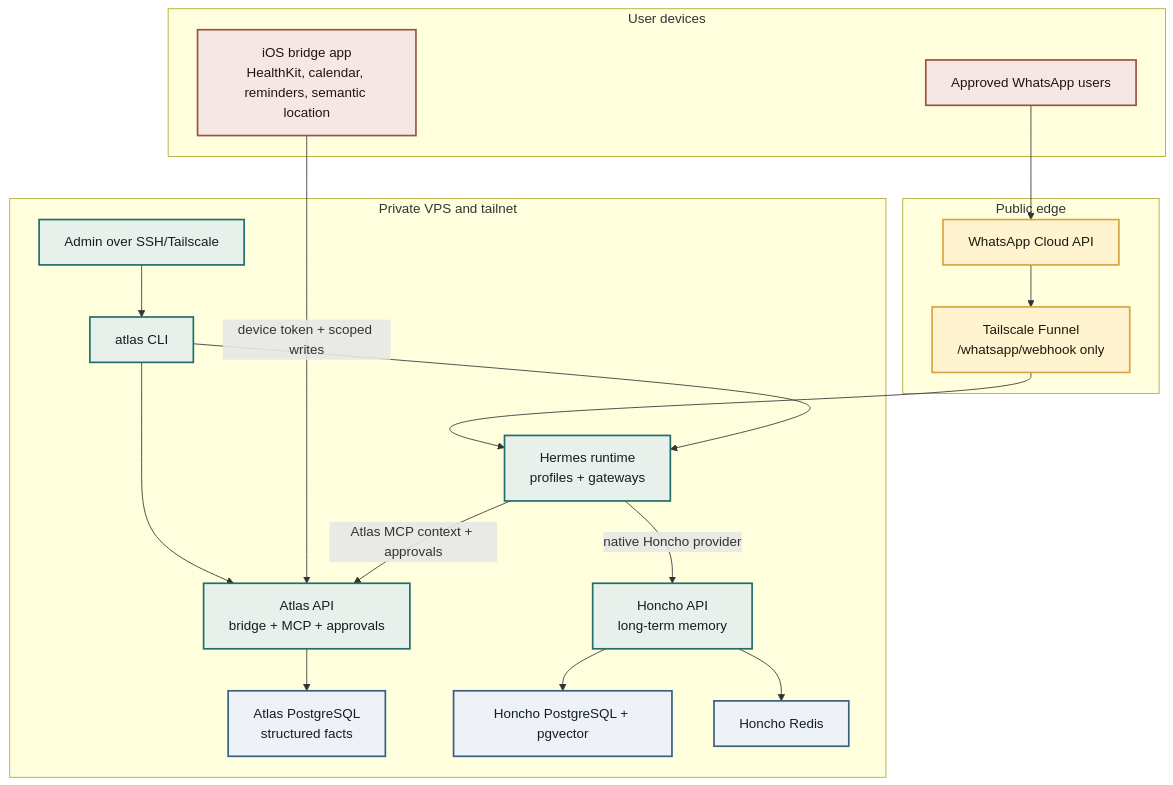
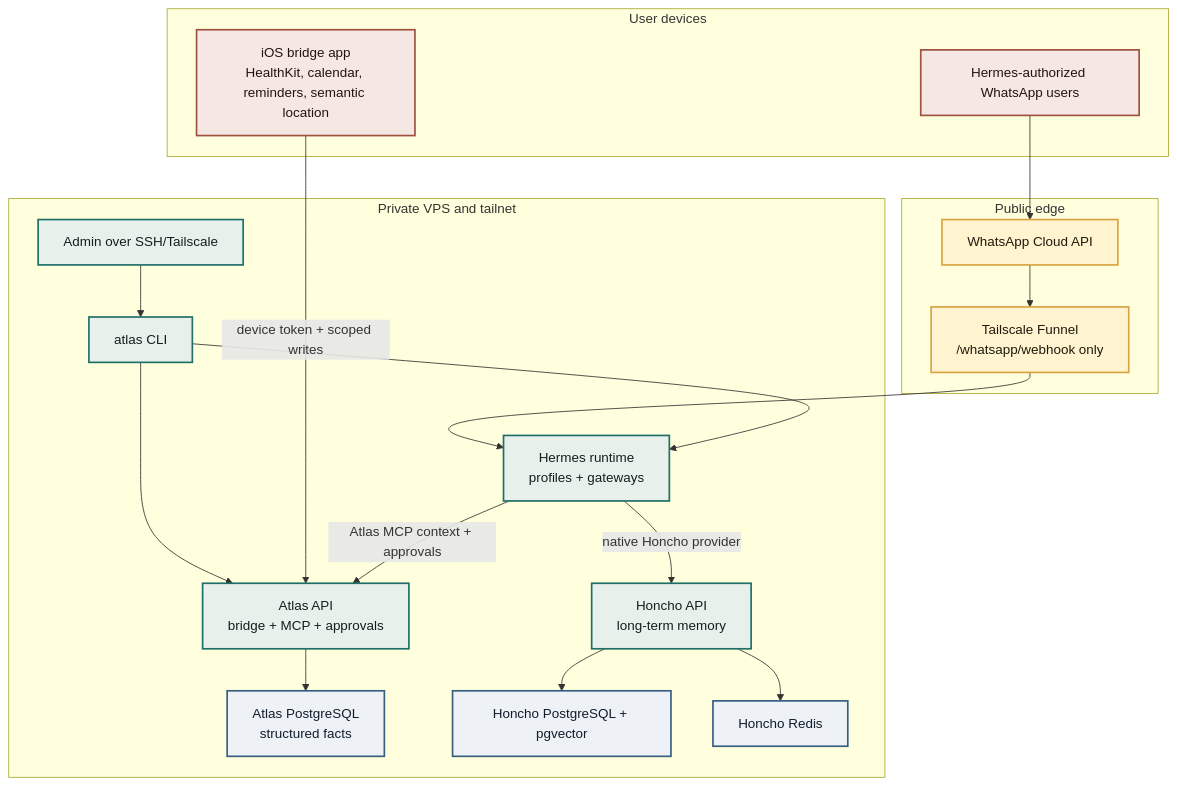
One commit to itspalomo/project-atlas changed the first of 5 diagrams in docs/architecture.md. Above: the diagram before and after it, drawn with Mermaid. The commit also changed other lines of this file and 13 other files, not shown here.

Commit message:
Stop Atlas managing WhatsApp setup

````diff
--- a/docs/architecture.md
+++ b/docs/architecture.md
@@ -7,44 +7,44 @@
 ```mermaid
 flowchart TB
   subgraph Edge["Public edge"]
     WA["WhatsApp Cloud API"]
     Funnel["Tailscale Funnel\n/whatsapp/webhook only"]
   end
 
   subgraph Tailnet["Private VPS and tailnet"]
     Admin["Admin over SSH/Tailscale"]
     AtlasCLI["atlas CLI"]
     API["Atlas API\nbridge + MCP + approvals"]
     PG["Atlas PostgreSQL\nstructured facts"]
     Hermes["Hermes runtime\nprofiles + gateways"]
     Honcho["Honcho API\nlong-term memory"]
     HPG["Honcho PostgreSQL + pgvector"]
     HRedis["Honcho Redis"]
   end
 
   subgraph Devices["User devices"]
     IOS["iOS bridge app\nHealthKit, calendar, reminders, semantic location"]
-    User["Approved WhatsApp users"]
+    User["Hermes-authorized WhatsApp users"]
   end
 
   WA --> Funnel --> Hermes
   User --> WA
   Admin --> AtlasCLI
   AtlasCLI --> API
   AtlasCLI --> Hermes
   IOS -->|"device token + scoped writes"| API
   Hermes -->|"Atlas MCP context + approvals"| API
   API --> PG
   Hermes -->|"native Honcho provider"| Honcho
   Honcho --> HPG
   Honcho --> HRedis
 
   classDef edge fill:#fff4cf,stroke:#d9a441,color:#1e1a0c,stroke-width:2px;
   classDef private fill:#e8f0ec,stroke:#1f6f68,color:#10201d,stroke-width:2px;
   classDef data fill:#eef2f7,stroke:#365f82,color:#101d2a,stroke-width:2px;
   classDef device fill:#f5e8e4,stroke:#9f513f,color:#24120e,stroke-width:2px;
   class WA,Funnel edge;
   class Admin,AtlasCLI,API,Hermes,Honcho private;
   class PG,HPG,HRedis data;
   class IOS,User device;
 ```
````
